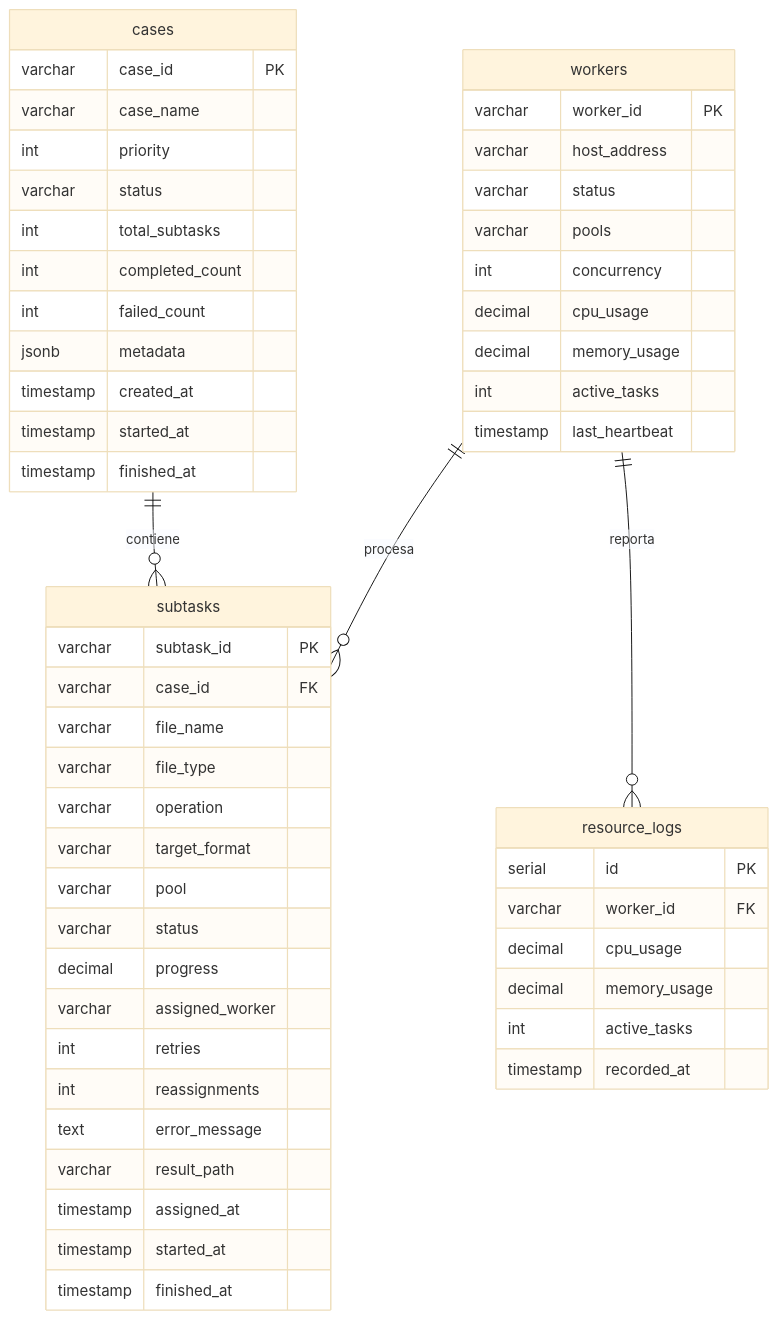
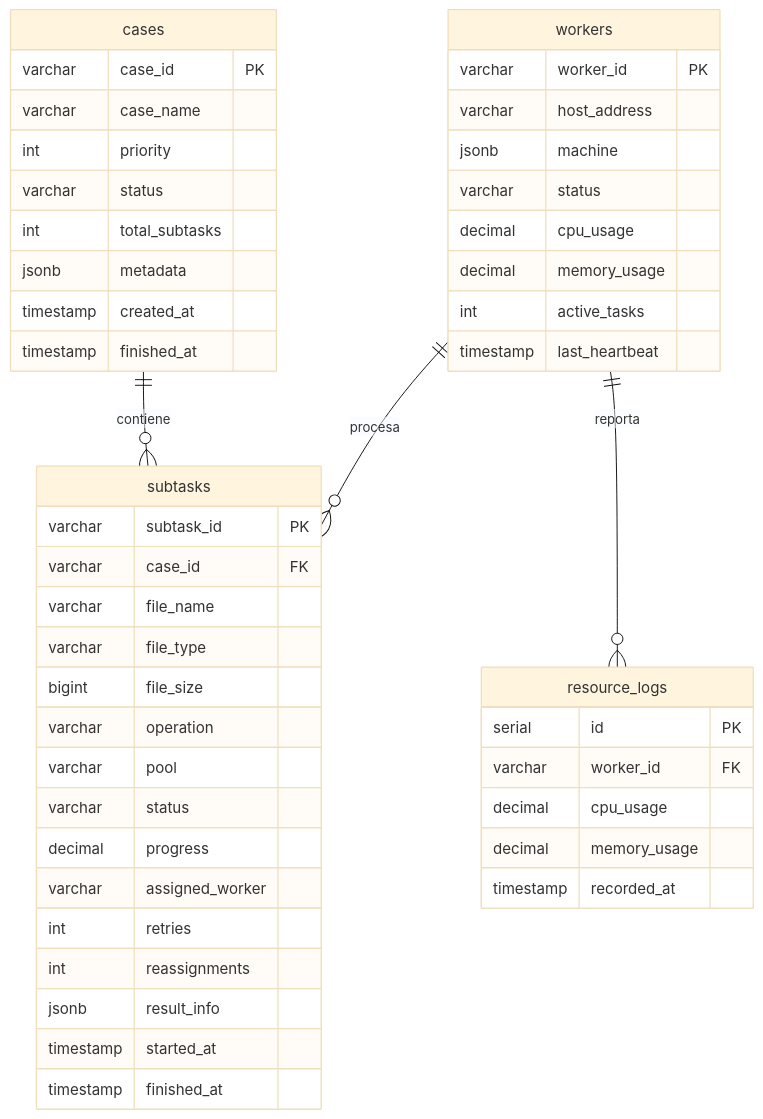
One commit to SharonBlanco/Paralelismo-en-APP-multimedia changed the fourth of 4 diagrams in docs/ARQUITECTURA.md. Above: the diagram before and after it, drawn with Mermaid (base theme). The commit also changed other lines of this file and 7 other files, not shown here.

````diff
--- a/docs/ARQUITECTURA.md
+++ b/docs/ARQUITECTURA.md
@@ -268,58 +307,51 @@
 ```mermaid
 erDiagram
     cases ||--o{ subtasks : contiene
     workers ||--o{ resource_logs : reporta
     workers ||--o{ subtasks : procesa
 
     cases {
         varchar case_id PK
         varchar case_name
         int priority
         varchar status
         int total_subtasks
-        int completed_count
-        int failed_count
         jsonb metadata
         timestamp created_at
-        timestamp started_at
         timestamp finished_at
     }
     subtasks {
         varchar subtask_id PK
         varchar case_id FK
         varchar file_name
         varchar file_type
+        bigint file_size
         varchar operation
-        varchar target_format
         varchar pool
         varchar status
         decimal progress
         varchar assigned_worker
         int retries
         int reassignments
-        text error_message
-        varchar result_path
-        timestamp assigned_at
+        jsonb result_info
         timestamp started_at
         timestamp finished_at
     }
     workers {
         varchar worker_id PK
         varchar host_address
+        jsonb machine
         varchar status
-        varchar pools
-        int concurrency
         decimal cpu_usage
         decimal memory_usage
         int active_tasks
         timestamp last_heartbeat
     }
     resource_logs {
         serial id PK
         varchar worker_id FK
         decimal cpu_usage
         decimal memory_usage
-        int active_tasks
         timestamp recorded_at
     }
 ```
````
